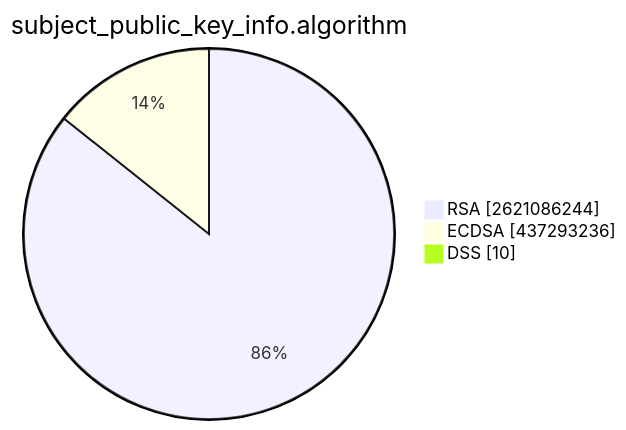
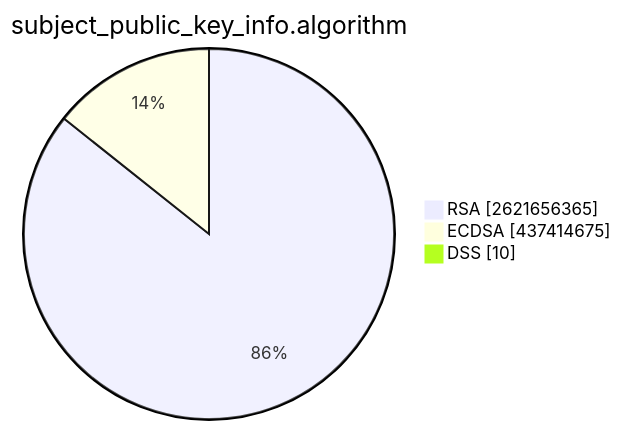
The second of 15 diagrams in TOTAL/README.md (christiankrug/ctmonitor_visualization), drawn with Mermaid before and after one commit. The commit also changed other lines of this file, not shown here.

````diff
--- a/TOTAL/README.md
+++ b/TOTAL/README.md
@@ -6,7 +6,7 @@
 ```mermaid
 pie showData
 title subject_public_key_info.algorithm
-"RSA" :2621086244
-"ECDSA" :437293236
+"RSA" :2621656365
+"ECDSA" :437414675
 "DSS" :10
 ```
````
